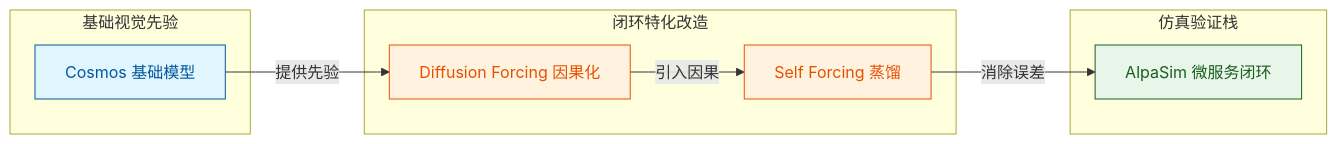
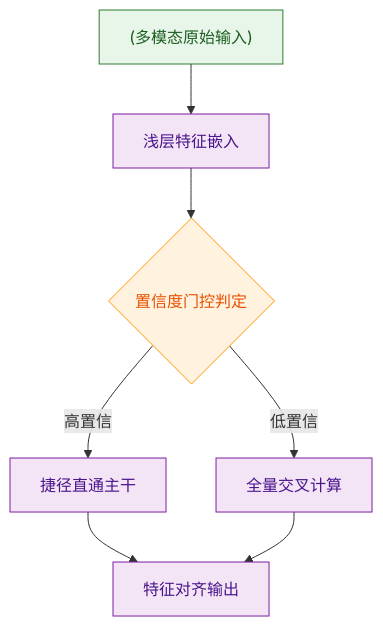
Before and after one commit to ShinewineW/paper-rolling: the sixth of 10 diagrams in person_vault/2026-06-12_OmniDreamsRealTimeGenerativeWorldModel_2606.03159/report.md, drawn with Mermaid. The commit also changed other lines of this file and 300 other files, not shown here.

````diff
--- a/person_vault/2026-06-12_OmniDreamsRealTimeGenerativeWorldModel_2606.03159/report.md
+++ b/person_vault/2026-06-12_OmniDreamsRealTimeGenerativeWorldModel_2606.03159/report.md
@@ -422,25 +307,21 @@
 ```mermaid
-graph LR
-    subgraph 基础视觉先验
-        cosmos["Cosmos 基础模型"]
-    end
-    subgraph 闭环特化改造
-        diff_force["Diffusion Forcing 因果化"]
-        self_force["Self Forcing 蒸馏"]
-    end
-    subgraph 仿真验证栈
-        alpasim["AlpaSim 微服务闭环"]
-    end
-    
-    cosmos -->|提供先验| diff_force
-    diff_force -->|引入因果| self_force
-    self_force -->|消除误差| alpasim
-    
-    classDef base fill:#e1f5fe,stroke:#01579b,color:#01579b;
-    classDef adapt fill:#fff3e0,stroke:#e65100,color:#e65100;
-    classDef eval fill:#e8f5e9,stroke:#1b5e20,color:#1b5e20;
-    
-    class cosmos base;
-    class diff_force,self_force adapt;
-    class alpasim eval;
+flowchart TB
+  classDef start_end fill:#e1f5fe,color:#0d47a1,stroke:#01579b
+  classDef process fill:#f3e5f5,color:#4a148c,stroke:#7b1fa2
+  classDef decision fill:#fff3e0,color:#e65100,stroke:#ff9800
+  classDef data fill:#e8f5e9,color:#1b5e20,stroke:#2e7d32
+
+  raw_data["(多模态原始输入)"]:::data
+  embed_stage["浅层特征嵌入"]:::process
+  gate_decision{置信度门控判定}:::decision
+  skip_route["捷径直通主干"]:::process
+  full_route["全量交叉计算"]:::process
+  final_merge["特征对齐输出"]:::process
+
+  raw_data --> embed_stage
+  embed_stage --> gate_decision
+  gate_decision -->|高置信| skip_route
+  gate_decision -->|低置信| full_route
+  skip_route --> final_merge
+  full_route --> final_merge
 ```
````
